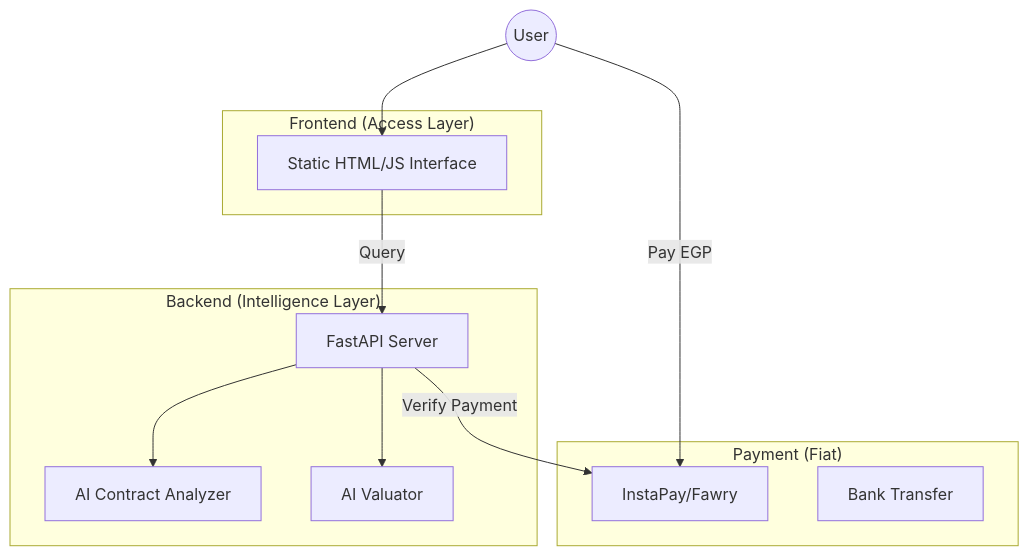
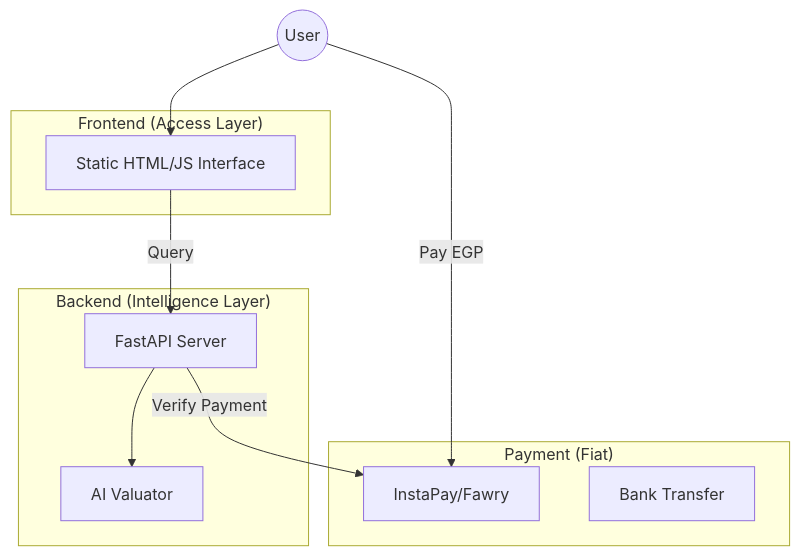
Before and after one commit to Mustafa6066/Osool: the diagram in README.md, drawn with Mermaid. The commit also changed other lines of this file and 46 other files, not shown here.

````diff
--- a/README.md
+++ b/README.md
@@ -11,26 +11,24 @@
 ```mermaid
 graph TD
     User((User))
     
     subgraph "Frontend (Access Layer)"
         UI[Static HTML/JS Interface]
     end
 
     subgraph "Backend (Intelligence Layer)"
         API[FastAPI Server]
-        LegalAI[AI Contract Analyzer]
         PriceAI[AI Valuator]
     end
 
     subgraph "Payment (Fiat)"
         InstaPay[InstaPay/Fawry]
         Bank[Bank Transfer]
     end
 
     User --> UI
     UI -->|Query| API
-    API --> LegalAI
     API --> PriceAI
     User -->|Pay EGP| InstaPay
     API -->|Verify Payment| InstaPay
 ```
````
